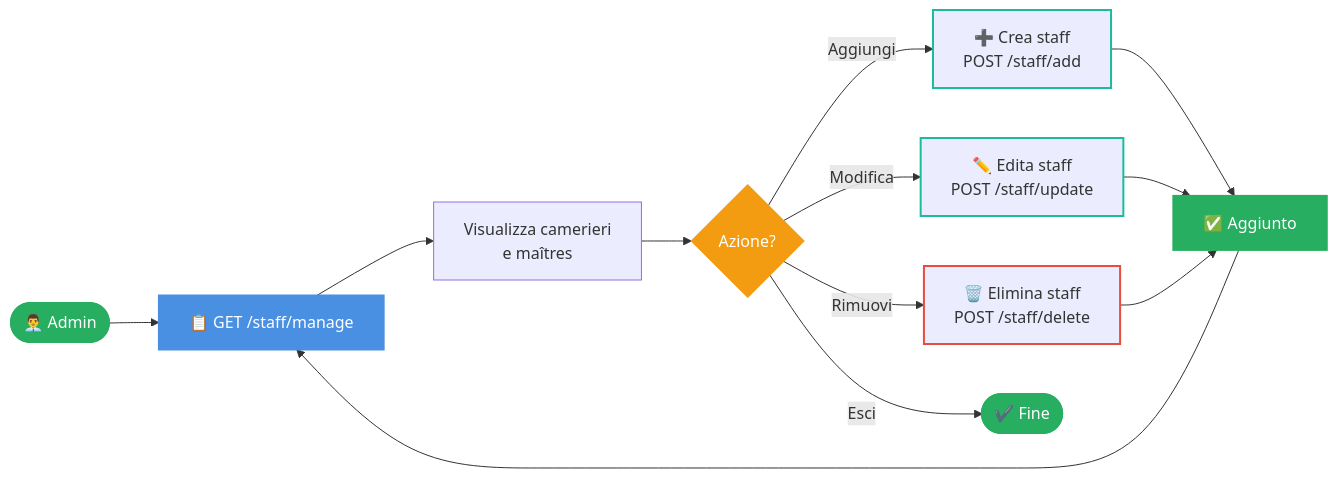
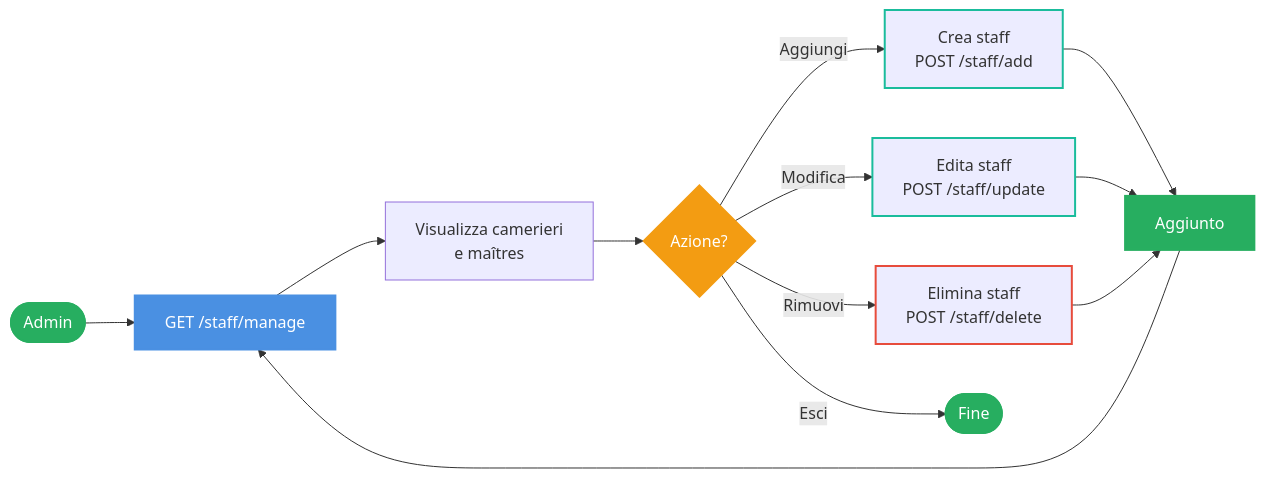
The fifth of 5 diagrams in docs/UI_Flows.md (JavLomProjectWork/JavaBistrot), drawn with Mermaid before and after one commit. The commit also changed other lines of this file, not shown here.

Commit message:
aggiornato ui flows schema

````diff
--- a/docs/UI_Flows.md
+++ b/docs/UI_Flows.md
@@ -317,26 +317,26 @@
 ```mermaid
 graph LR
-    Start([👨‍💼 Admin]) --> List["📋 GET /staff/manage"]
+    Start([Admin]) --> List["GET /staff/manage"]
     List --> Show["Visualizza camerieri<br/>e maîtres"]
     Show --> Action{"Azione?"}
     
-    Action -->|Aggiungi| Add["➕ Crea staff<br/>POST /staff/add"]
-    Action -->|Modifica| Edit["✏️ Edita staff<br/>POST /staff/update"]
-    Action -->|Rimuovi| Del["🗑️ Elimina staff<br/>POST /staff/delete"]
+    Action -->|Aggiungi| Add["Crea staff<br/>POST /staff/add"]
+    Action -->|Modifica| Edit["Edita staff<br/>POST /staff/update"]
+    Action -->|Rimuovi| Del["Elimina staff<br/>POST /staff/delete"]
     
-    Add --> OK["✅ Aggiunto"]
+    Add --> OK["Aggiunto"]
     Edit --> OK
     Del --> OK
     
     OK --> List
-    Action -->|Esci| End(["✔️ Fine"])
+    Action -->|Esci| End(["Fine"])
     
     style Start fill:#27AE60,stroke:#27AE60,stroke-width:2px,color:#fff
     style List fill:#4A90E2,stroke:#4A90E2,stroke-width:2px,color:#fff
     style Action fill:#F39C12,stroke:#F39C12,stroke-width:2px,color:#fff
     style Add stroke:#1ABC9C,stroke-width:2px
     style Edit stroke:#1ABC9C,stroke-width:2px
     style Del stroke:#E74C3C,stroke-width:2px
     style OK fill:#27AE60,stroke:#27AE60,stroke-width:2px,color:#fff
     style End fill:#27AE60,stroke:#27AE60,stroke-width:2px,color:#fff
 ```
````
